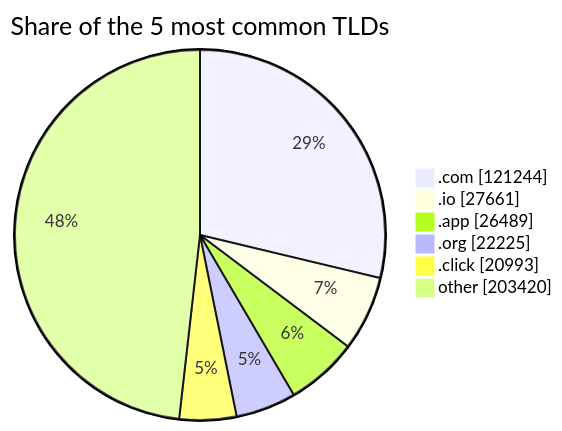
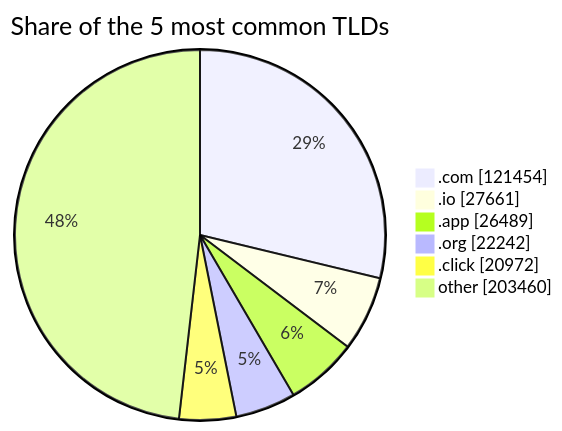
One commit to DNSBunker/CTI changed the third of 3 diagrams in README.md. Above: the diagram before and after it, drawn with Mermaid. The commit also changed other lines of this file and 3 other files, not shown here.

````diff
--- a/README.md
+++ b/README.md
@@ -81,9 +81,9 @@
 ```mermaid
 pie showData title Share of the 5 most common TLDs
-    ".com" : 121244
+    ".com" : 121454
     ".io" : 27661
     ".app" : 26489
-    ".org" : 22225
-    ".click" : 20993
-    "other" : 203420
+    ".org" : 22242
+    ".click" : 20972
+    "other" : 203460
 ```
````
